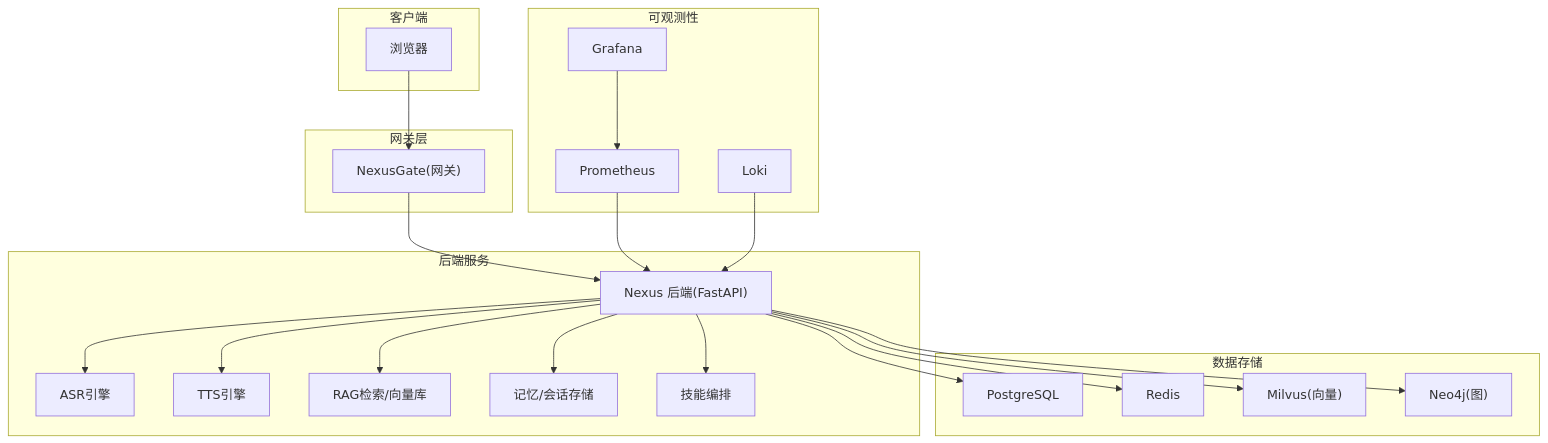
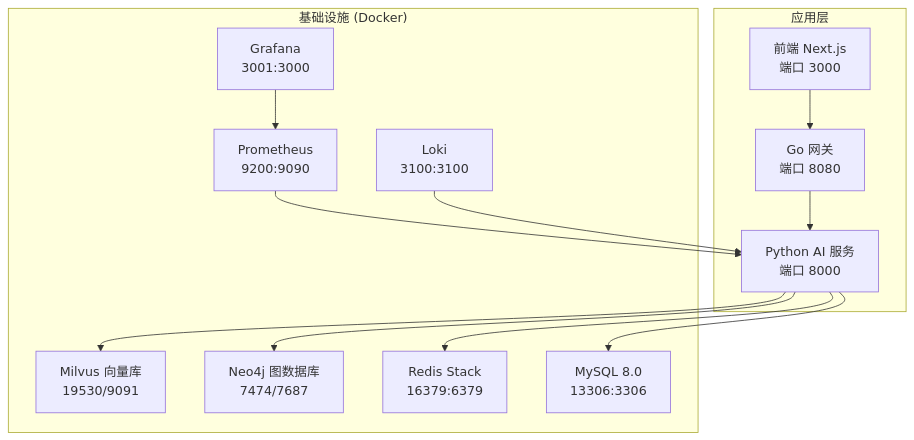
One commit to zmdhdu/NexusCockpit changed the first of 3 diagrams in .qoder/repowiki/zh/content/项目概述/快速开始指南.md. Above: the diagram before and after it, drawn with Mermaid. The commit also changed other lines of this file and 516 other files, not shown here.

````diff
--- a/.qoder/repowiki/zh/content/项目概述/快速开始指南.md
+++ b/.qoder/repowiki/zh/content/项目概述/快速开始指南.md
@@ -48,42 +37,26 @@
 ```mermaid
 graph TB
-subgraph "客户端"
-Browser["浏览器"]
+subgraph "应用层"
+FE["前端 Next.js<br/>端口 3000"]
+GW["Go 网关<br/>端口 8080"]
+PY["Python AI 服务<br/>端口 8000"]
 end
-subgraph "网关层"
-Gate["NexusGate(网关)"]
+subgraph "基础设施 (Docker)"
+MILVUS["Milvus 向量库<br/>19530/9091"]
+NEO4J["Neo4j 图数据库<br/>7474/7687"]
+REDIS["Redis Stack<br/>16379:6379"]
+MYSQL["MySQL 8.0<br/>13306:3306"]
+PROM["Prometheus<br/>9200:9090"]
+GRAF["Grafana<br/>3001:3000"]
+LOKI["Loki<br/>3100:3100"]
 end
-subgraph "后端服务"
-API["Nexus 后端(FastAPI)"]
-ASR["ASR引擎"]
-TTS["TTS引擎"]
-RAG["RAG检索/向量库"]
-Memory["记忆/会话存储"]
-Skills["技能编排"]
-end
-subgraph "数据存储"
-PG["PostgreSQL"]
-Redis["Redis"]
-Milvus["Milvus(向量)"]
-Neo4j["Neo4j(图)"]
-end
-subgraph "可观测性"
-Prom["Prometheus"]
-Grafana["Grafana"]
-Loki["Loki"]
-end
-Browser --> Gate
-Gate --> API
-API --> PG
-API --> Redis
-API --> Milvus
-API --> Neo4j
-API --> ASR
-API --> TTS
-API --> RAG
-API --> Memory
-API --> Skills
-Prom --> API
-Grafana --> Prom
-Loki --> API
+FE --> GW
+GW --> PY
+PY --> MILVUS
+PY --> NEO4J
+PY --> REDIS
+PY --> MYSQL
+PROM --> PY
+GRAF --> PROM
+LOKI --> PY
 ```
````
